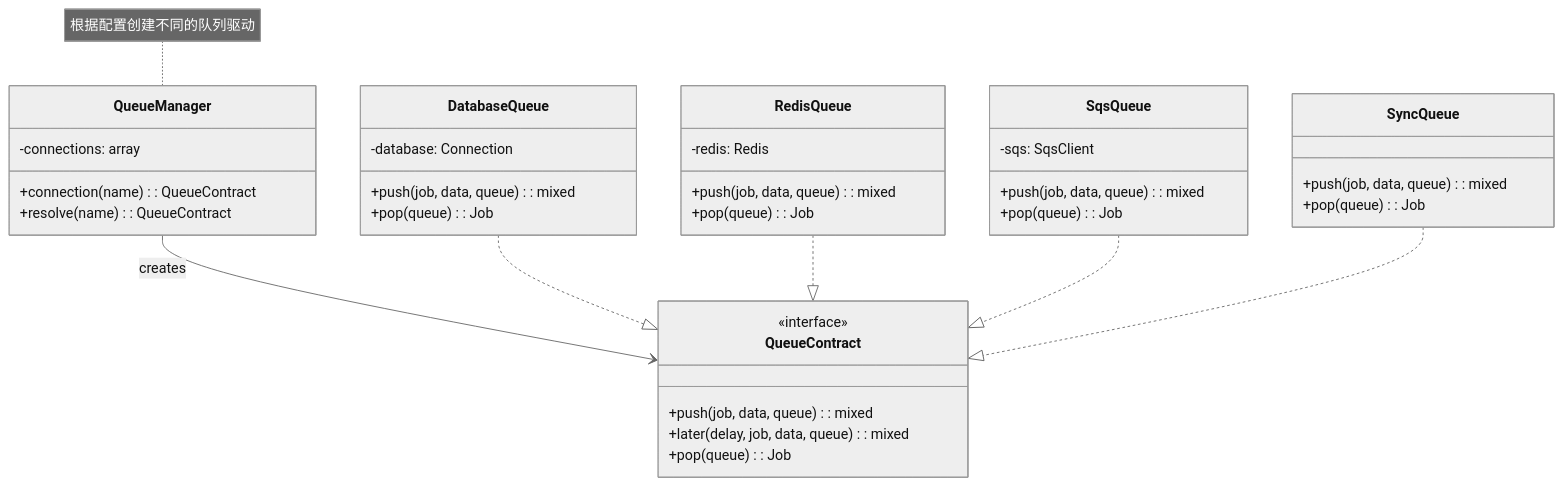
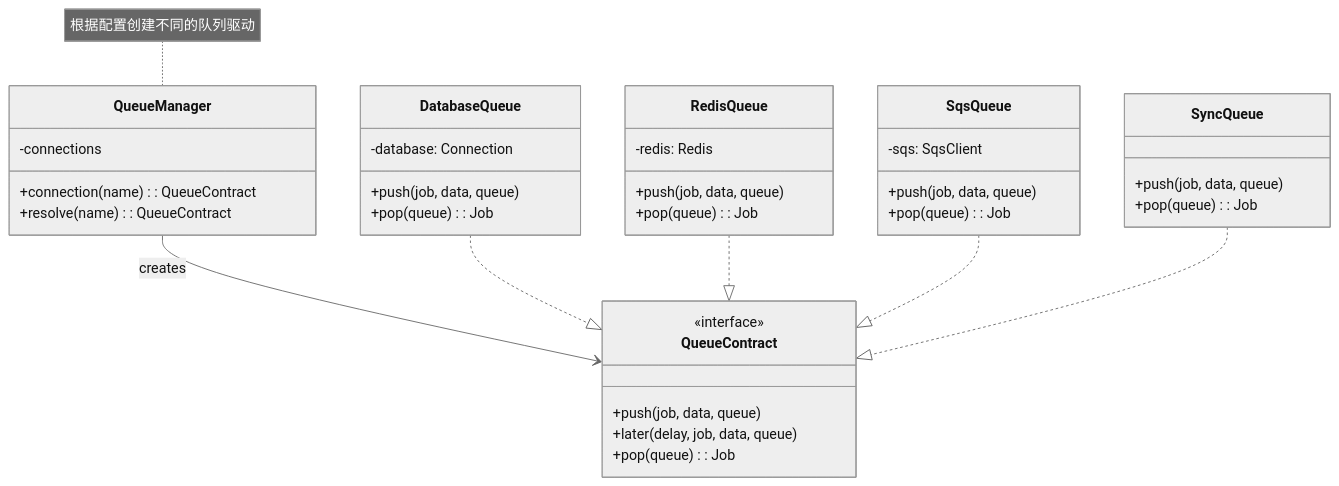
The fifth of 5 diagrams in resources/design-patterns/laravel/creational/factory_method_zh.md (fanly/DesignPattern), drawn with Mermaid (neutral theme) before and after one commit. The commit also changed other lines of this file and 103 other files, not shown here.

````diff
--- a/resources/design-patterns/laravel/creational/factory_method_zh.md
+++ b/resources/design-patterns/laravel/creational/factory_method_zh.md
@@ -147,46 +147,46 @@
 ```mermaid
 classDiagram
     class QueueManager {
-        -connections: array
+        -connections
         +connection(name): QueueContract
         +resolve(name): QueueContract
     }
     
     class QueueContract {
         <<interface>>
-        +push(job, data, queue): mixed
-        +later(delay, job, data, queue): mixed
+        +push(job, data, queue)
+        +later(delay, job, data, queue)
         +pop(queue): Job
     }
     
     class DatabaseQueue {
         -database: Connection
-        +push(job, data, queue): mixed
+        +push(job, data, queue)
         +pop(queue): Job
     }
     
     class RedisQueue {
         -redis: Redis
-        +push(job, data, queue): mixed
+        +push(job, data, queue)
         +pop(queue): Job
     }
     
     class SqsQueue {
         -sqs: SqsClient
-        +push(job, data, queue): mixed
+        +push(job, data, queue)
         +pop(queue): Job
     }
     
     class SyncQueue {
-        +push(job, data, queue): mixed
+        +push(job, data, queue)
         +pop(queue): Job
     }
     
     QueueManager --> QueueContract : creates
     DatabaseQueue ..|> QueueContract
     RedisQueue ..|> QueueContract
     SqsQueue ..|> QueueContract
     SyncQueue ..|> QueueContract
     
     note for QueueManager "根据配置创建不同的队列驱动"
 ```
````
